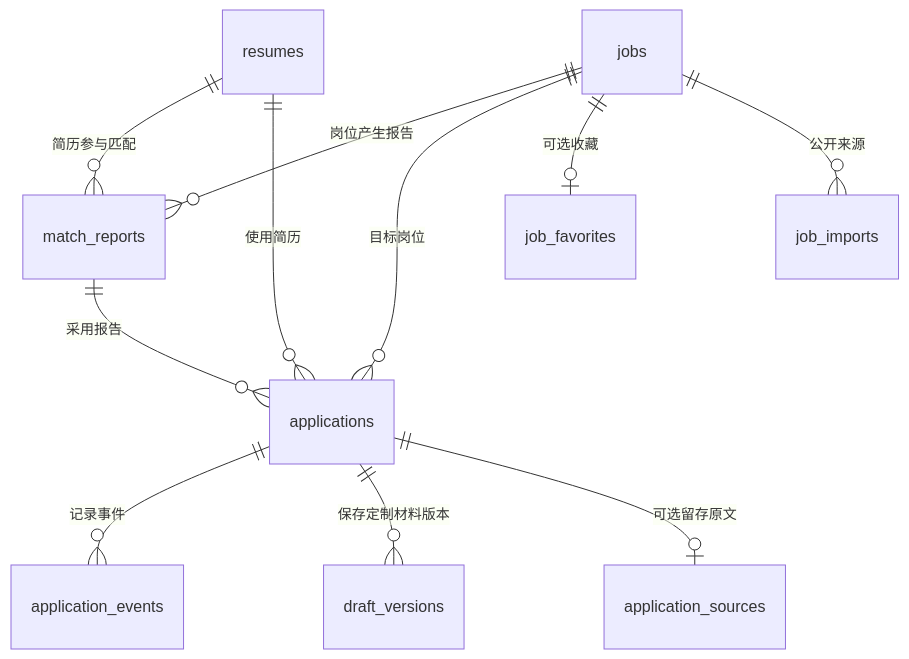
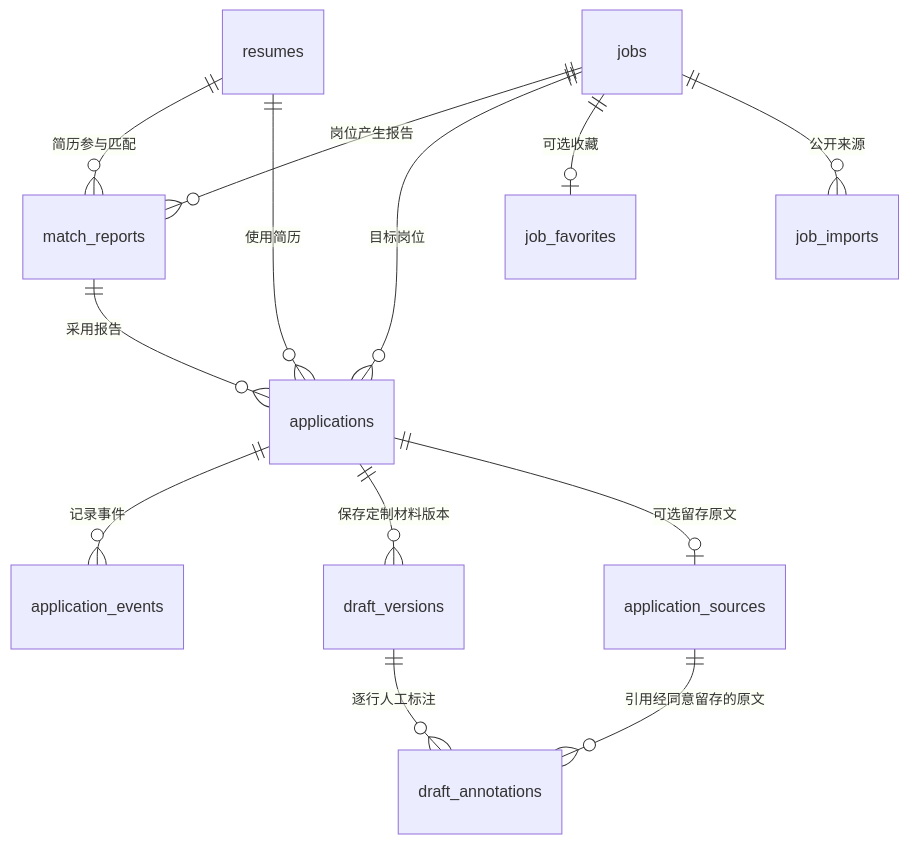
The diagram in docs/数据库设计与字段说明.md (uselesswork/AI-Agent), drawn with Mermaid before and after one commit. The commit also changed other lines of this file and 20 other files, not shown here.

````diff
--- a/docs/数据库设计与字段说明.md
+++ b/docs/数据库设计与字段说明.md
@@ -24,13 +25,15 @@
 ```mermaid
 erDiagram
     resumes ||--o{ match_reports : "简历参与匹配"
     jobs ||--o{ match_reports : "岗位产生报告"
     resumes ||--o{ applications : "使用简历"
     jobs ||--o{ applications : "目标岗位"
     match_reports ||--o{ applications : "采用报告"
     applications ||--o{ application_events : "记录事件"
     applications ||--o{ draft_versions : "保存定制材料版本"
     applications ||--o| application_sources : "可选留存原文"
     jobs ||--o| job_favorites : "可选收藏"
     jobs ||--o{ job_imports : "公开来源"
+    draft_versions ||--o{ draft_annotations : "逐行人工标注"
+    application_sources ||--o{ draft_annotations : "引用经同意留存的原文"
 ```
````
